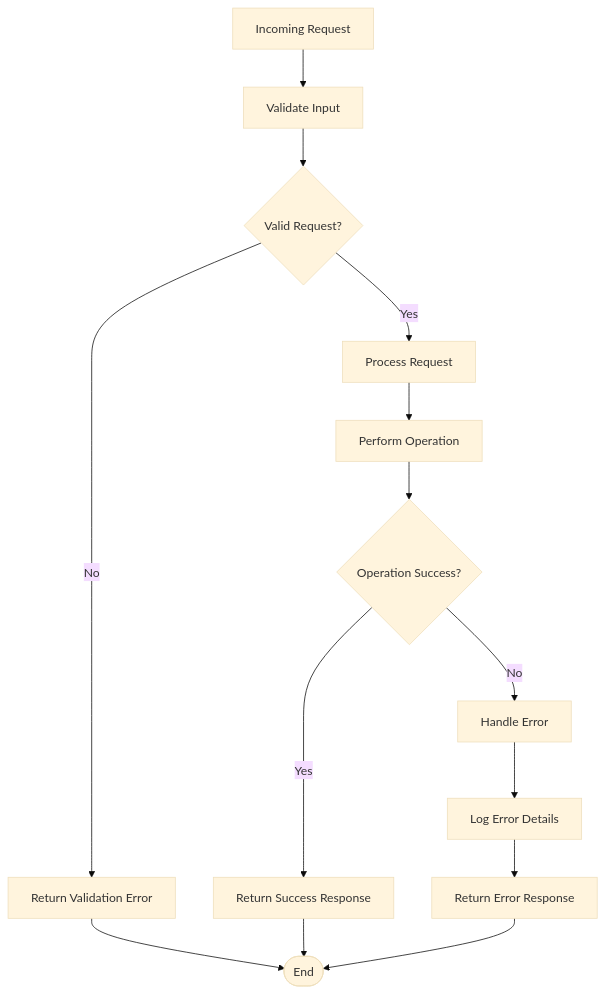
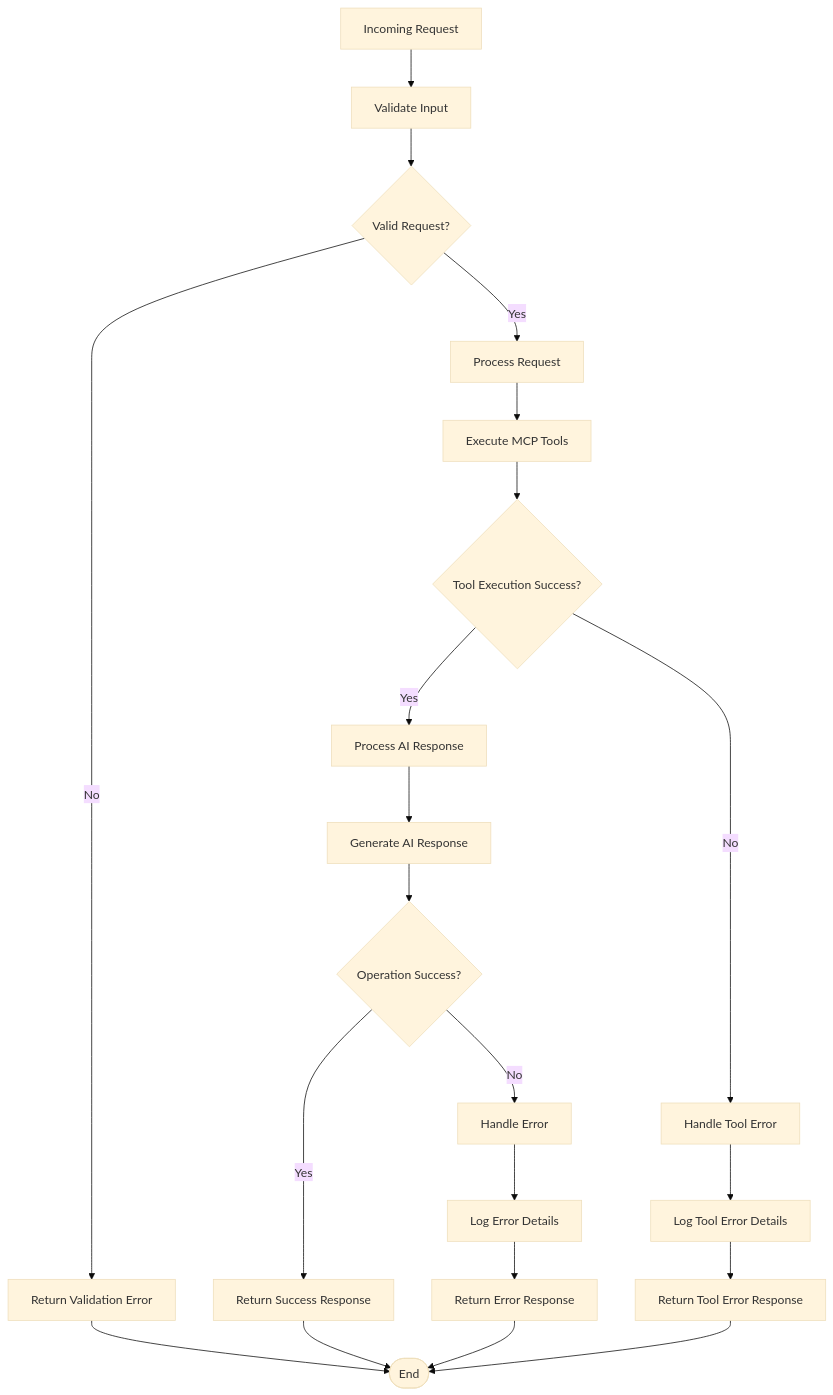
Diagram 16 of 17 in .qoder/repowiki/en/content/AI Integration System/Agent System/DevBot AI Agent System.md (siimliimand/laravel-assistant), drawn with Mermaid (base theme) before and after one commit. The commit also changed other lines of this file and 4 other files, not shown here.

First line of the commit message:
docs(agent): document comprehensive MCP tool integration in DevBot AI agent system

````diff
--- a/.qoder/repowiki/en/content/AI Integration System/Agent System/DevBot AI Agent System.md
+++ b/.qoder/repowiki/en/content/AI Integration System/Agent System/DevBot AI Agent System.md
@@ -468,16 +649,23 @@
 ```mermaid
 flowchart TD
 Request[Incoming Request] --> Validate[Validate Input]
 Validate --> ValidRequest{Valid Request?}
 ValidRequest --> |No| ValidationError[Return Validation Error]
 ValidRequest --> |Yes| ProcessRequest[Process Request]
-ProcessRequest --> Operation[Perform Operation]
-Operation --> Success{Operation Success?}
+ProcessRequest --> ExecuteTools["Execute MCP Tools"]
+ExecuteTools --> ToolSuccess{Tool Execution Success?}
+ToolSuccess --> |Yes| ProcessAI[Process AI Response]
+ToolSuccess --> |No| ToolError[Handle Tool Error]
+ToolError --> LogToolError[Log Tool Error Details]
+LogToolError --> ReturnToolError[Return Tool Error Response]
+ProcessAI --> AIResponse[Generate AI Response]
+AIResponse --> Success{Operation Success?}
 Success --> |Yes| ReturnSuccess[Return Success Response]
 Success --> |No| HandleError[Handle Error]
 HandleError --> LogError[Log Error Details]
 LogError --> ReturnError[Return Error Response]
 ValidationError --> End([End])
 ReturnSuccess --> End
 ReturnError --> End
+ReturnToolError --> End
 ```
````
